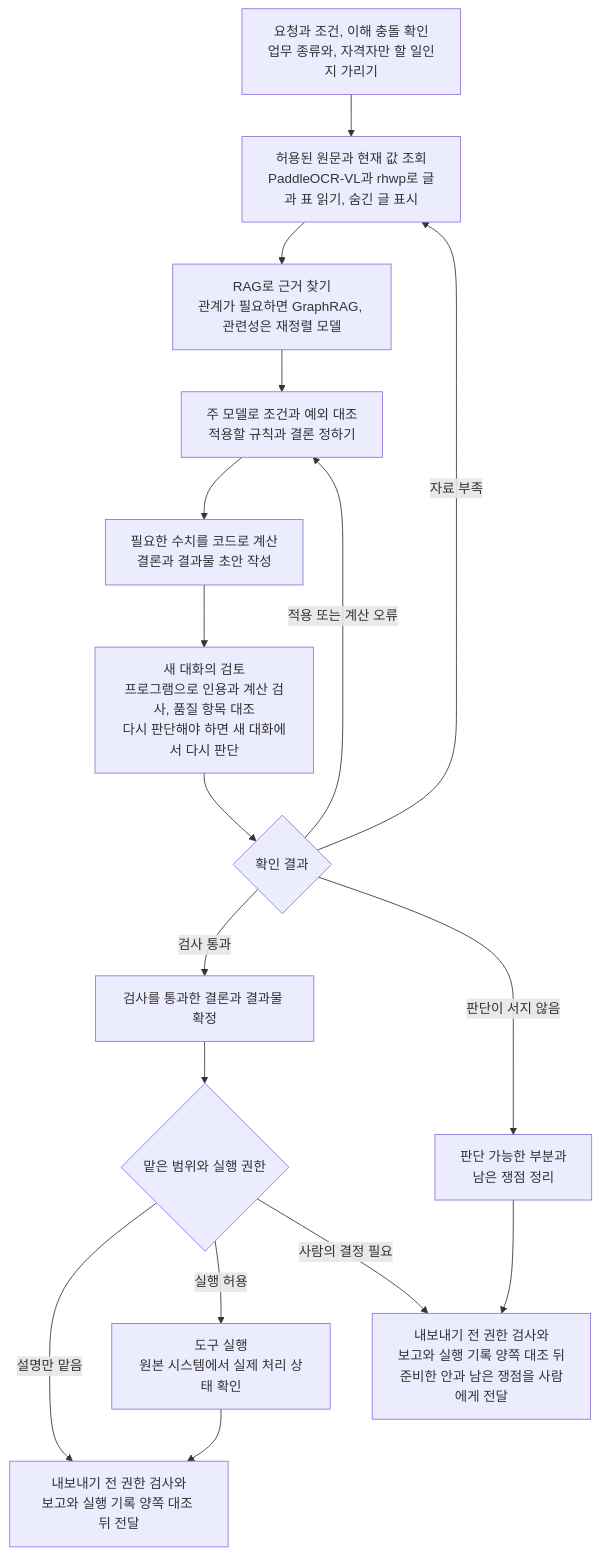
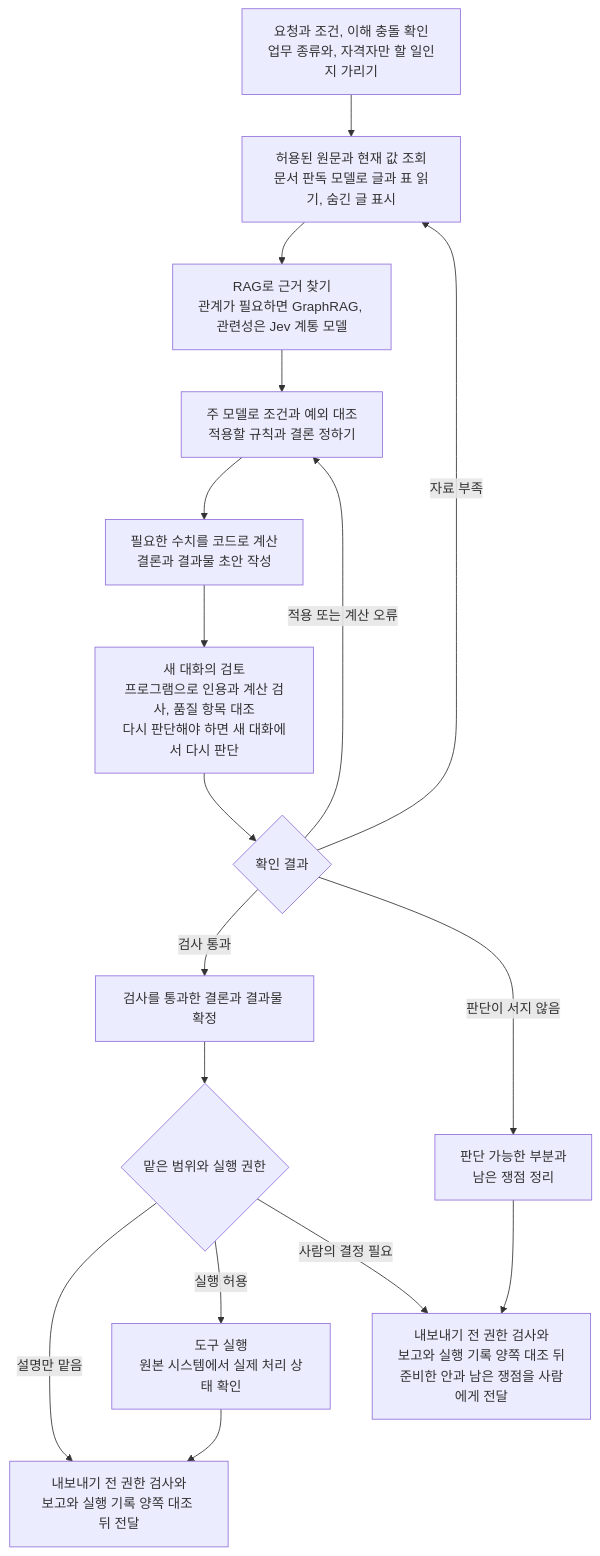
Before and after one commit to harisbaguette/expert: the diagram in 전문 판단의 신뢰성.md, drawn with Mermaid. The commit also changed other lines of this file and 1 other file, not shown here.

Commit message:
전문 판단의 신뢰성 — 조건 뒤를 '원인별 해결 기술'로 다시 짬: 24개 원인마다 해결 기술을 잇고, 환경 표는 환경마다 다른 기술만 남기고, 구현 잡일을 걷어 냄. Jev 계통은 d3(①②)와 d3-mini(③)로 되살림. 재료별 구현도 같은 선택으로 맞추고 설정 수준 세부를 줄임

````diff
--- a/전문 판단의 신뢰성.md
+++ b/전문 판단의 신뢰성.md
@@ -916,19 +869,19 @@
 ```mermaid
 flowchart TB
-    A[요청과 조건, 이해 충돌 확인<br/>업무 종류와, 자격자만 할 일인지 가리기] --> B[허용된 원문과 현재 값 조회<br/>PaddleOCR-VL과 rhwp로 글과 표 읽기, 숨긴 글 표시]
-    B --> C[RAG로 근거 찾기<br/>관계가 필요하면 GraphRAG, 관련성은 재정렬 모델]
+    A[요청과 조건, 이해 충돌 확인<br/>업무 종류와, 자격자만 할 일인지 가리기] --> B[허용된 원문과 현재 값 조회<br/>문서 판독 모델로 글과 표 읽기, 숨긴 글 표시]
+    B --> C[RAG로 근거 찾기<br/>관계가 필요하면 GraphRAG, 관련성은 Jev 계통 모델]
     C --> D[주 모델로 조건과 예외 대조<br/>적용할 규칙과 결론 정하기]
     D --> E[필요한 수치를 코드로 계산<br/>결론과 결과물 초안 작성]
     E --> F[새 대화의 검토<br/>프로그램으로 인용과 계산 검사, 품질 항목 대조<br/>다시 판단해야 하면 새 대화에서 다시 판단]
     F --> G{확인 결과}
     G -->|자료 부족| B
     G -->|적용 또는 계산 오류| D
     G -->|검사 통과| H[검사를 통과한 결론과 결과물 확정]
     G -->|판단이 서지 않음| I[판단 가능한 부분과<br/>남은 쟁점 정리]
     H --> J{맡은 범위와 실행 권한}
     J -->|설명만 맡음| L[내보내기 전 권한 검사와<br/>보고와 실행 기록 양쪽 대조 뒤 전달]
     J -->|실행 허용| K[도구 실행<br/>원본 시스템에서 실제 처리 상태 확인]
     J -->|사람의 결정 필요| M[내보내기 전 권한 검사와<br/>보고와 실행 기록 양쪽 대조 뒤<br/>준비한 안과 남은 쟁점을 사람에게 전달]
     K --> L
     I --> M
 ```
````
